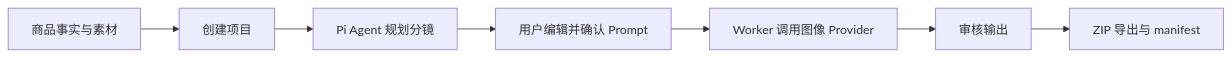
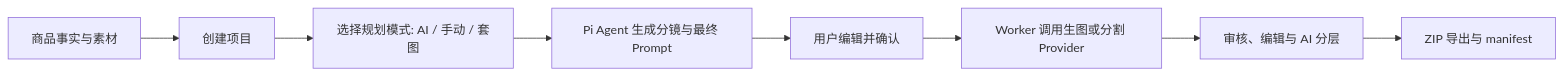
One commit to linbei0/EcomGen changed the diagram in README.md. Above: the diagram before and after it, drawn with Mermaid. The commit also changed other lines of this file and 9 other files, not shown here.

````diff
--- a/README.md
+++ b/README.md
@@ -27,9 +36,10 @@
 ```mermaid
 flowchart LR
   A[商品事实与素材] --> B[创建项目]
-  B --> C[Pi Agent 规划分镜]
-  C --> D[用户编辑并确认 Prompt]
-  D --> E[Worker 调用图像 Provider]
-  E --> F[审核输出]
-  F --> G[ZIP 导出与 manifest]
+  B --> C[选择规划模式: AI / 手动 / 套图]
+  C --> D[Pi Agent 生成分镜与最终 Prompt]
+  D --> E[用户编辑并确认]
+  E --> F[Worker 调用生图或分割 Provider]
+  F --> G[审核、编辑与 AI 分层]
+  G --> H[ZIP 导出与 manifest]
 ```
````
